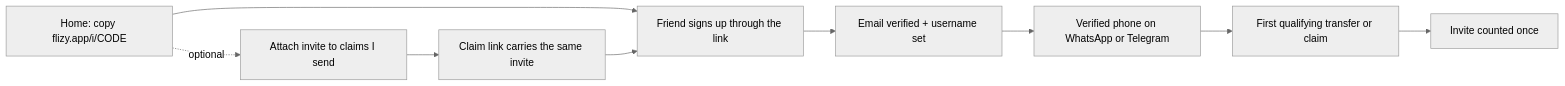
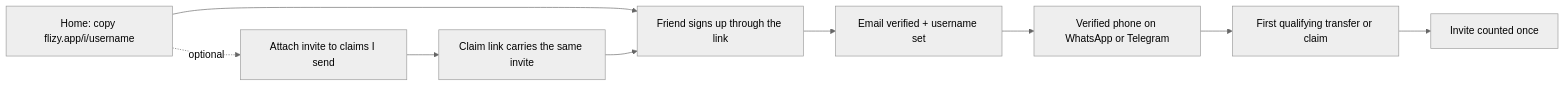
Before and after one commit to rudazy/flizy: the fourth of 5 diagrams in README.md, drawn with Mermaid (neutral theme). The commit also changed other lines of this file and 15 other files, not shown here.

````diff
--- a/README.md
+++ b/README.md
@@ -218,11 +218,11 @@
 ```mermaid
 flowchart LR
-  S["Home: copy flizy.app/i/CODE"] --> J["Friend signs up through the link"]
+  S["Home: copy flizy.app/i/username"] --> J["Friend signs up through the link"]
   J --> O["Email verified + username set"]
   O --> P["Verified phone on WhatsApp or Telegram"]
   P --> T["First qualifying transfer or claim"]
   T --> C["Invite counted once"]
   S -.->|optional| K["Attach invite to claims I send"]
   K --> E["Claim link carries the same invite"]
   E --> J
 ```
````
